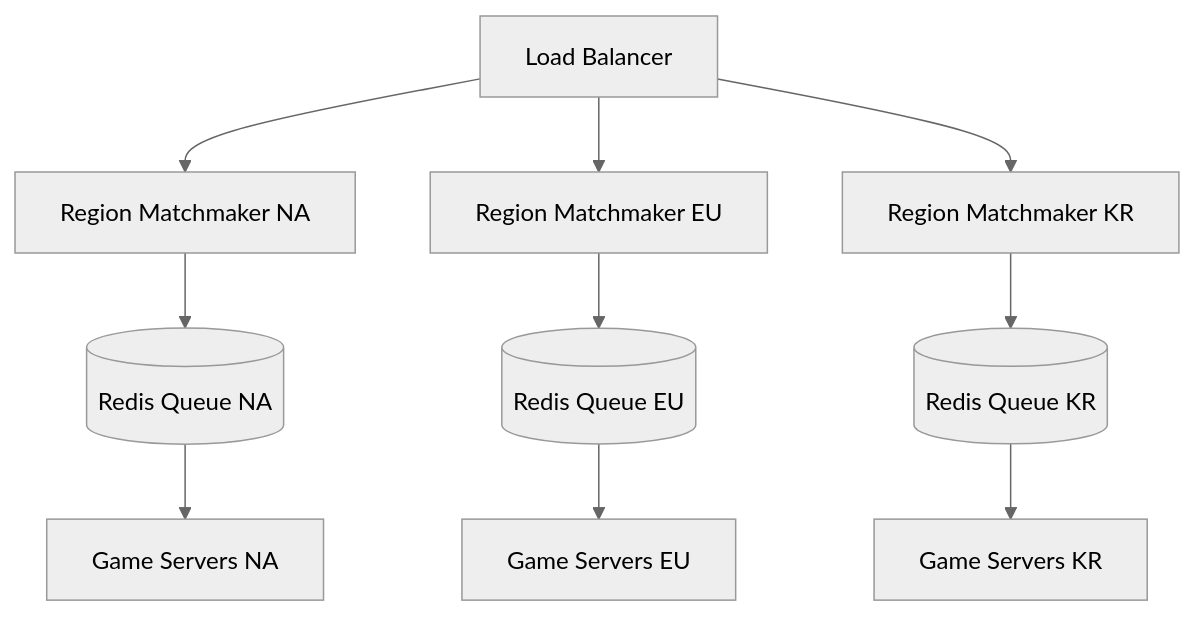
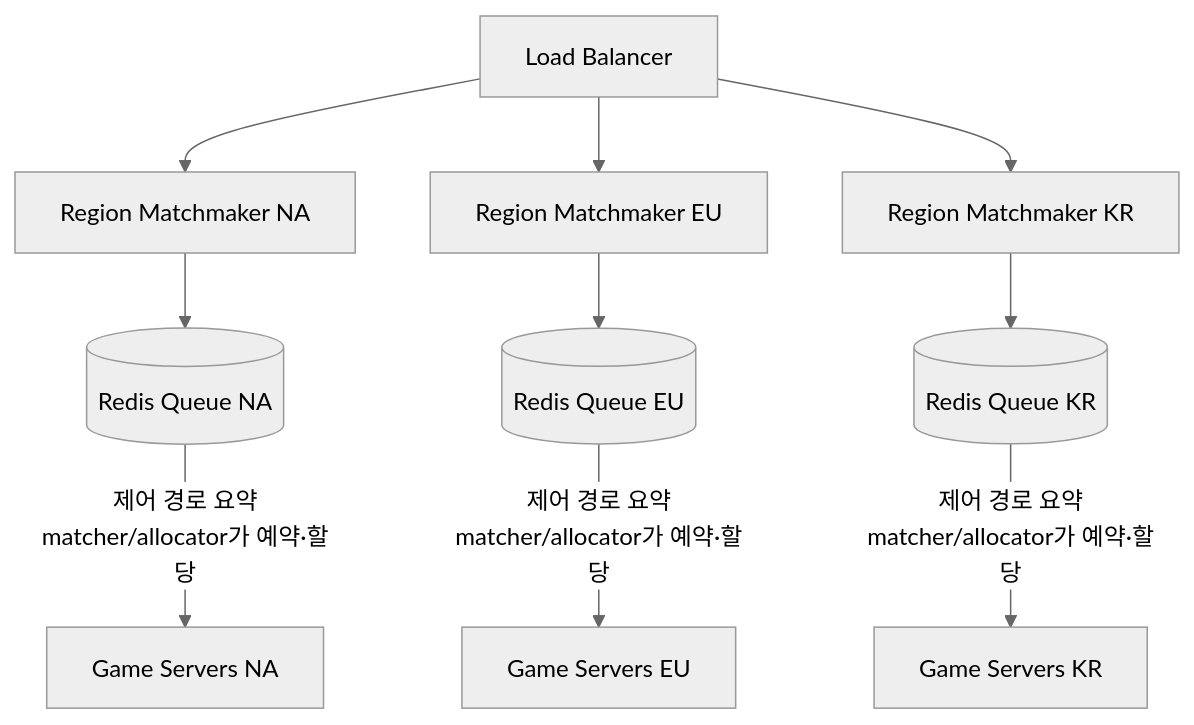
One commit to Rein-ArXiv/game-dev-curriculum changed the third of 4 diagrams in live_service/part08_matchmaking.md. Above: the diagram before and after it, drawn with Mermaid (neutral theme). The commit also changed other lines of this file and 279 other files, not shown here.

````diff
--- a/live_service/part08_matchmaking.md
+++ b/live_service/part08_matchmaking.md
@@ -514,12 +537,12 @@
 ```mermaid
 flowchart TB
     LB[Load Balancer] --> R1[Region Matchmaker NA]
     LB --> R2[Region Matchmaker EU]
     LB --> R3[Region Matchmaker KR]
     R1 --> Q1[(Redis Queue NA)]
     R2 --> Q2[(Redis Queue EU)]
     R3 --> Q3[(Redis Queue KR)]
-    Q1 --> GS1[Game Servers NA]
-    Q2 --> GS2[Game Servers EU]
-    Q3 --> GS3[Game Servers KR]
+    Q1 -->|제어 경로 요약<br/>matcher/allocator가 예약·할당| GS1[Game Servers NA]
+    Q2 -->|제어 경로 요약<br/>matcher/allocator가 예약·할당| GS2[Game Servers EU]
+    Q3 -->|제어 경로 요약<br/>matcher/allocator가 예약·할당| GS3[Game Servers KR]
 ```
````
